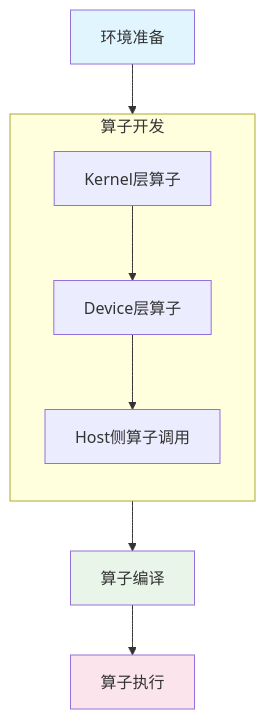
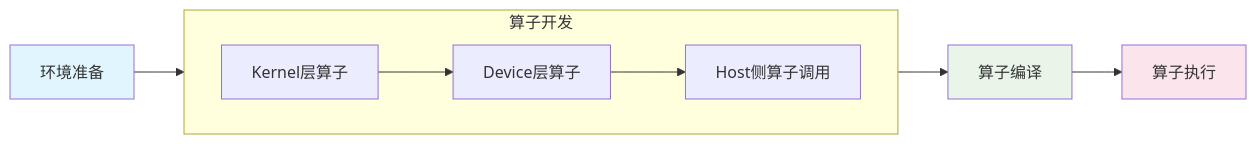
The diagram in docs/quickstart.md (cannmirror/catlass), drawn with Mermaid before and after one commit. The commit also changed 3 other files, not shown here.

````diff
--- a/docs/quickstart.md
+++ b/docs/quickstart.md
@@ -9,17 +9,17 @@
 ```mermaid
-graph TB
+graph LR
     S[环境准备]--> GroupT[算子开发]
 
     subgraph GroupT[算子开发]
-        direction TB
+        direction LR
         A[Kernel层算子] --> B[Device层算子]
         B --> C[Host侧算子调用]
     end
 
     GroupT --> P[算子编译]
     P --> E[算子执行]
 
     style S fill:#e1f5fe
     style P fill:#e8f5e8
     style E fill:#fce4ec
 ```
````
